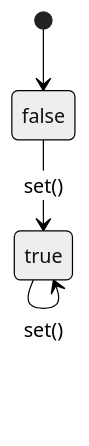
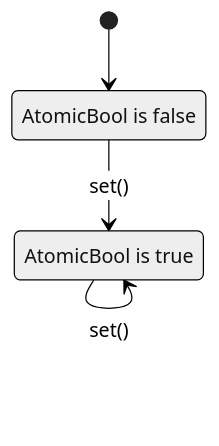
Before and after one commit to flamingo-stack/openframe-oss-tenant: the second of 3 diagrams in docs/reference/architecture/openframe-client-core/utils-latch/utils-latch.md, drawn with Mermaid (neutral theme). The commit also changed other lines of this file and 2377 other files, not shown here.

````diff
--- a/docs/reference/architecture/openframe-client-core/utils-latch/utils-latch.md
+++ b/docs/reference/architecture/openframe-client-core/utils-latch/utils-latch.md
@@ -49,8 +53,8 @@
 ```mermaid
 stateDiagram-v2
     [*] --> Unset
-    Unset: false
-    Set: true
+    Unset: AtomicBool is false
+    Set: AtomicBool is true
     Unset --> Set: set()
     Set --> Set: set()
 ```
````
